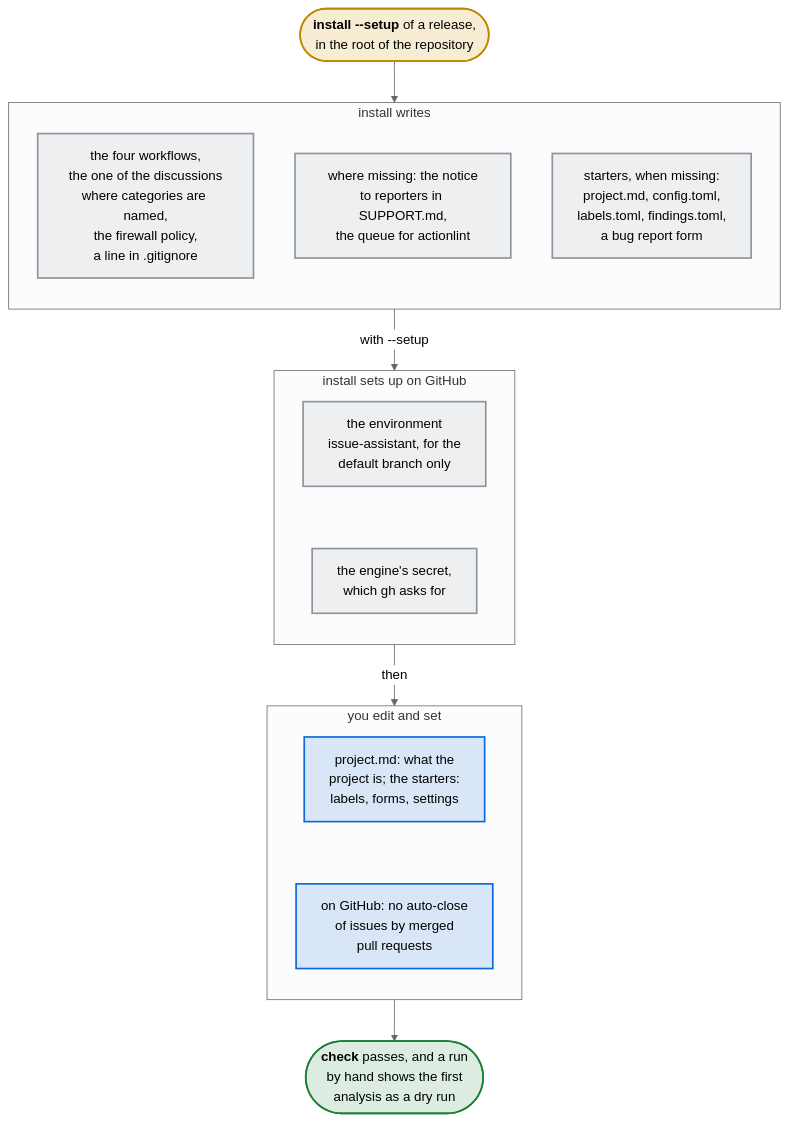
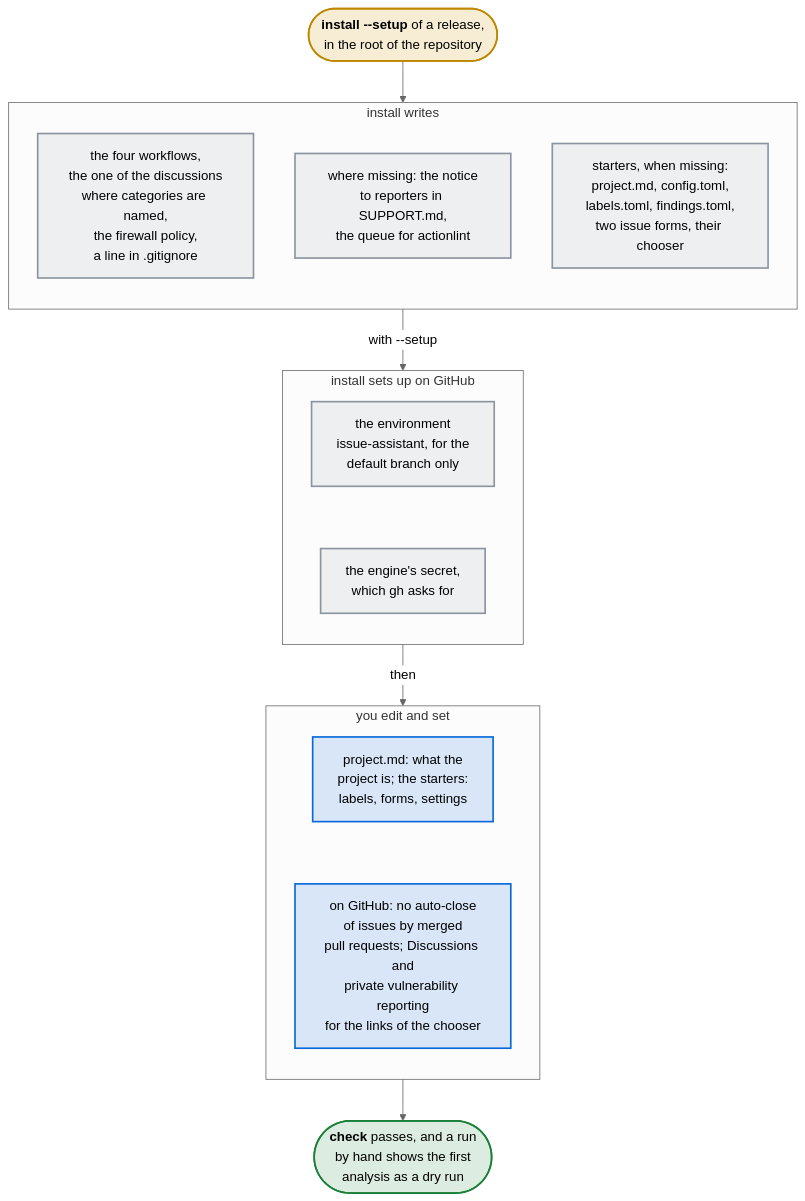
One commit to Dennis-Otto/issue-assistant changed the diagram in docs/diagrams/what-install-writes-what-you-edit-and-what-you-set-on-github.mmd. Above: the diagram before and after it, drawn with Mermaid (neutral theme). The commit also changed 16 other files, not shown here.

First line of the commit message:
feat: install writes a feature request form and an issue chooser for repositories without them (#230)

```diff
--- a/docs/diagrams/what-install-writes-what-you-edit-and-what-you-set-on-github.mmd
+++ b/docs/diagrams/what-install-writes-what-you-edit-and-what-you-set-on-github.mmd
@@ -1,33 +1,33 @@
 flowchart TB
   accTitle: What install writes, what you edit and what you set on GitHub
-  accDescr: install of a release, run in the root of the repository, writes the four workflows, the workflow of the discussions where answer_categories of config.toml names a category, the firewall policy .github/egress-firewall.yaml and an entry in .gitignore; adds the notice to reporters to SUPPORT.md and the queue of issue-assistant.yml to actionlint's settings where they are missing; and writes starters of project.md, config.toml, labels.toml, findings.toml and a bug report form when they are missing. With --setup, it also creates the environment issue-assistant on GitHub, limited to the default branch, and asks for the engine's secret. Then you describe the project in project.md, adapt the starters, and turn off the auto-close of issues by merged pull requests. Then check passes, and a run by hand shows the first analysis as a dry run.
+  accDescr: install of a release, run in the root of the repository, writes the four workflows, the workflow of the discussions where answer_categories of config.toml names a category, the firewall policy .github/egress-firewall.yaml and an entry in .gitignore; adds the notice to reporters to SUPPORT.md and the queue of issue-assistant.yml to actionlint's settings where they are missing; and writes starters of project.md, config.toml, labels.toml, findings.toml, two issue forms and their chooser when they are missing. With --setup, it also creates the environment issue-assistant on GitHub, limited to the default branch, and asks for the engine's secret. Then you describe the project in project.md, adapt the starters, turn off the auto-close of issues by merged pull requests, and turn on what the links of the chooser need: Discussions and private vulnerability reporting. Then check passes, and a run by hand shows the first analysis as a dry run.
   install(["`**install --setup** of a release,<br>in the root of the repository`"]) --> written
   subgraph written ["install writes"]
     direction TB
     workflows["the four workflows,<br>the one of the discussions<br>where categories are named,<br>the firewall policy,<br>a line in .gitignore"]
     notices["where missing: the notice<br>to reporters in SUPPORT.md,<br>the queue for actionlint"]
-    starters["starters, when missing:<br>project.md, config.toml,<br>labels.toml, findings.toml,<br>a bug report form"]
+    starters["starters, when missing:<br>project.md, config.toml,<br>labels.toml, findings.toml,<br>two issue forms, their chooser"]
   end
   written -- "with --setup" --> github
   subgraph github ["install sets up on GitHub"]
     direction TB
     environment["the environment<br>issue-assistant, for the<br>default branch only"]
     secret["the engine's secret,<br>which gh asks for"]
     environment ~~~ secret
   end
   github -- "then" --> edited
   subgraph edited ["you edit and set"]
     direction TB
     describe["project.md: what the<br>project is; the starters:<br>labels, forms, settings"]
-    autoclose["on GitHub: no auto-close<br>of issues by merged<br>pull requests"]
+    autoclose["on GitHub: no auto-close<br>of issues by merged<br>pull requests; Discussions and<br>private vulnerability reporting<br>for the links of the chooser"]
     describe ~~~ autoclose
   end
   edited --> check(["`**check** passes, and a run<br>by hand shows the first<br>analysis as a dry run`"])
   classDef trigger fill:#d4a72c33,stroke:#bf8700,stroke-width:2px
   classDef job fill:#8c959f1f,stroke:#8c959f,stroke-width:2px
   classDef person fill:#0969da26,stroke:#0969da,stroke-width:2px
   classDef safe fill:#1a7f3726,stroke:#1a7f37,stroke-width:2px
   class install trigger
   class workflows,notices,starters,environment,secret job
   class describe,autoclose person
   class check safe
```
